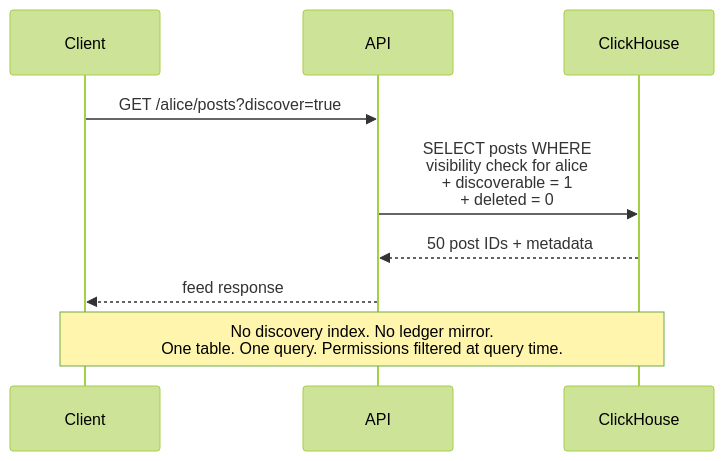
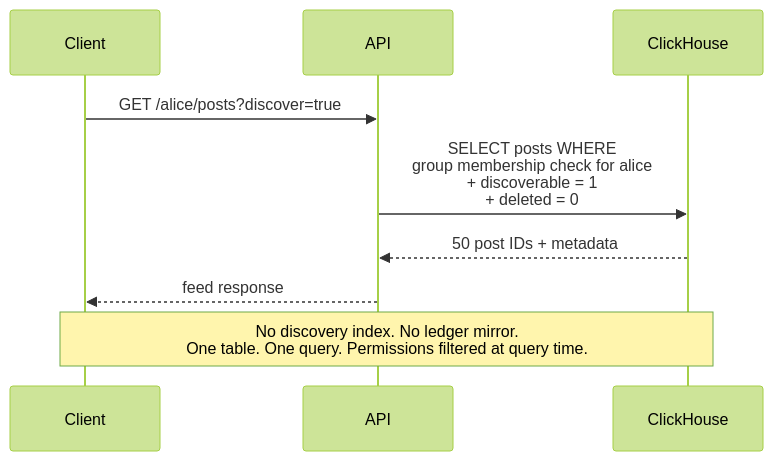
One commit to jacoby149/web10 changed the second of 7 diagrams in knowledge/knowledge-base/web10-v3/overview.md. Above: the diagram before and after it, drawn with Mermaid (forest theme). The commit also changed other lines of this file and 1 other file, not shown here.

Commit message:
docs: rewrite v3 overview — groups as policy containers, service contracts restrict, group contracts grant

````diff
--- a/knowledge/knowledge-base/web10-v3/overview.md
+++ b/knowledge/knowledge-base/web10-v3/overview.md
@@ -181,13 +165,13 @@
 ```mermaid
 sequenceDiagram
     participant Client
     participant API
     participant ClickHouse
 
     Client->>API: GET /alice/posts?discover=true
-    API->>ClickHouse: SELECT posts WHERE<br/>visibility check for alice<br/>+ discoverable = 1<br/>+ deleted = 0
+    API->>ClickHouse: SELECT posts WHERE<br/>group membership check for alice<br/>+ discoverable = 1<br/>+ deleted = 0
     ClickHouse-->>API: 50 post IDs + metadata
     API-->>Client: feed response
 
     Note over Client,ClickHouse: No discovery index. No ledger mirror.<br/>One table. One query. Permissions filtered at query time.
 ```
````
